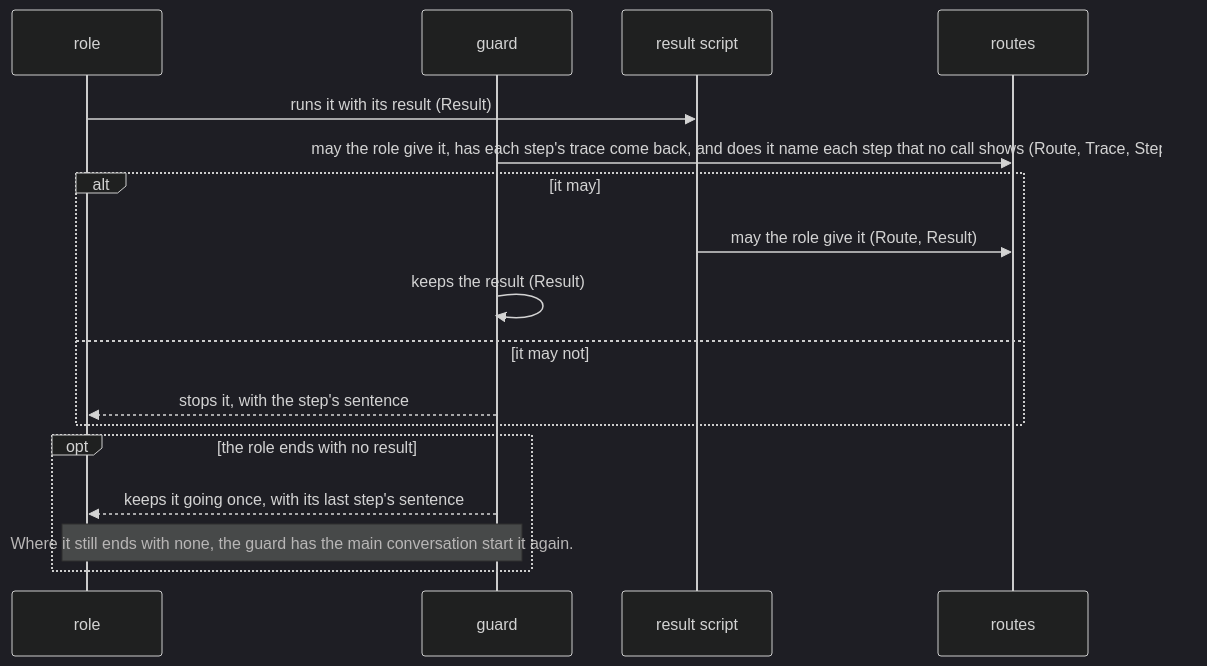
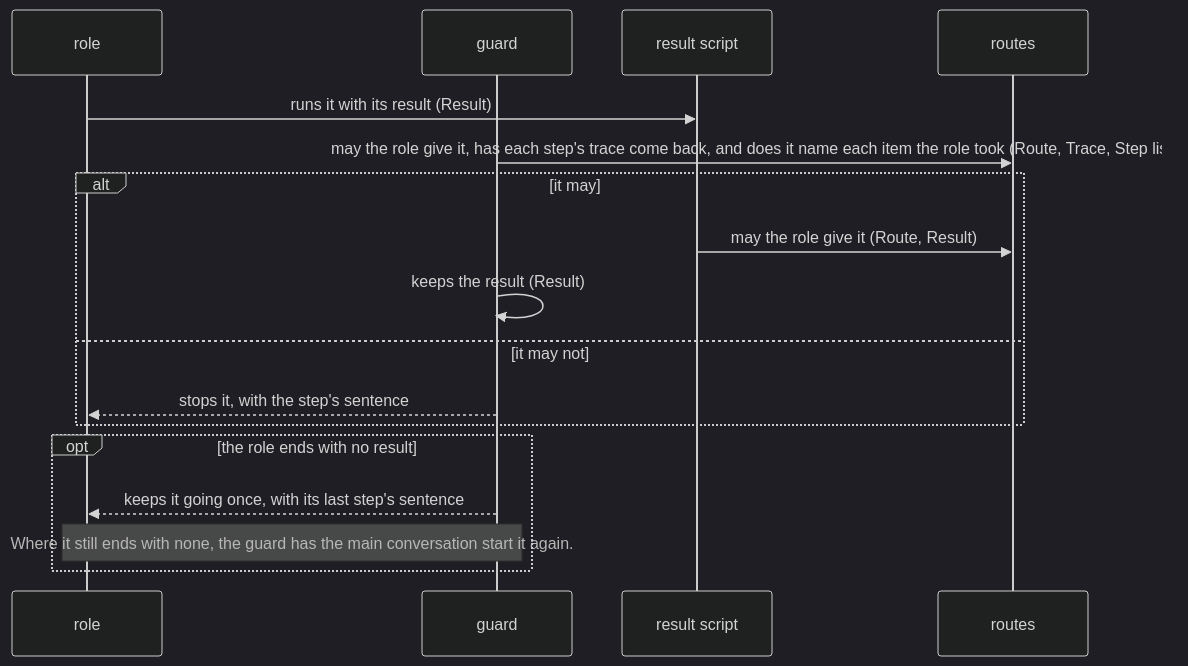
The fifth of 7 diagrams in dev/lane/architecture.md (lovaizu/ccpm), drawn with Mermaid (dark theme) before and after one commit. The commit also changed other lines of this file and 26 other files, not shown here.

````diff
--- a/dev/lane/architecture.md
+++ b/dev/lane/architecture.md
@@ -278,19 +278,19 @@
 ```mermaid
 sequenceDiagram
   participant R as role
   participant G as guard
   participant RS as result script
   participant RT as routes
   R->>RS: runs it with its result (Result)
-  G->>RT: may the role give it, has each step's trace come back, and does it name each step that no call shows (Route, Trace, Step list)
+  G->>RT: may the role give it, has each step's trace come back, and does it name each item the role took (Route, Trace, Step list)
   alt it may
     RS->>RT: may the role give it (Route, Result)
     G->>G: keeps the result (Result)
   else it may not
     G-->>R: stops it, with the step's sentence
   end
   opt the role ends with no result
     G-->>R: keeps it going once, with its last step's sentence
     Note over R,G: Where it still ends with none, the guard has the main conversation start it again.
   end
 ```
````
